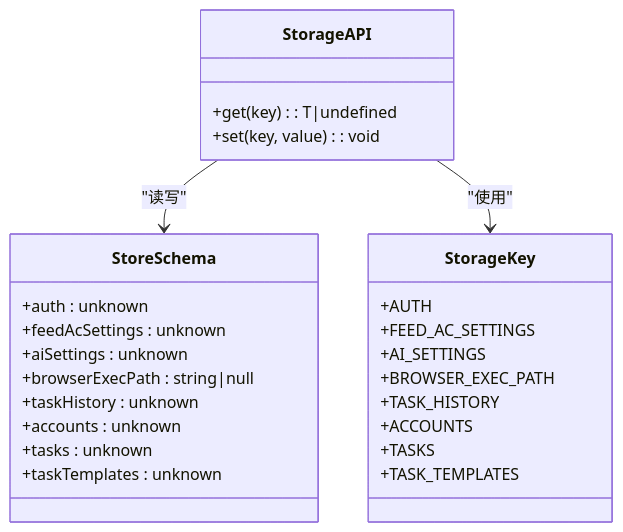
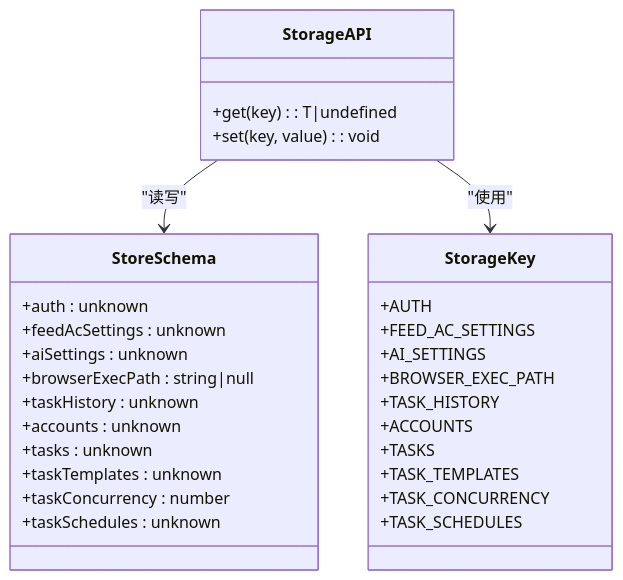
One commit to hipig/autoOps changed the third of 8 diagrams in .qoder/repowiki/zh/content/工具和实用程序/本地存储管理.md. Above: the diagram before and after it, drawn with Mermaid. The commit also changed other lines of this file and 37 other files, not shown here.

````diff
--- a/.qoder/repowiki/zh/content/工具和实用程序/本地存储管理.md
+++ b/.qoder/repowiki/zh/content/工具和实用程序/本地存储管理.md
@@ -177,29 +156,33 @@
 ```mermaid
 classDiagram
 class StorageKey {
 +AUTH
 +FEED_AC_SETTINGS
 +AI_SETTINGS
 +BROWSER_EXEC_PATH
 +TASK_HISTORY
 +ACCOUNTS
 +TASKS
 +TASK_TEMPLATES
++TASK_CONCURRENCY
++TASK_SCHEDULES
 }
 class StoreSchema {
 +auth : unknown
 +feedAcSettings : unknown
 +aiSettings : unknown
 +browserExecPath : string|null
 +taskHistory : unknown
 +accounts : unknown
 +tasks : unknown
 +taskTemplates : unknown
++taskConcurrency : number
++taskSchedules : unknown
 }
 class StorageAPI {
 +get(key) : T|undefined
 +set(key, value) : void
 }
 StorageAPI --> StoreSchema : "读写"
 StorageAPI --> StorageKey : "使用"
 ```
````
